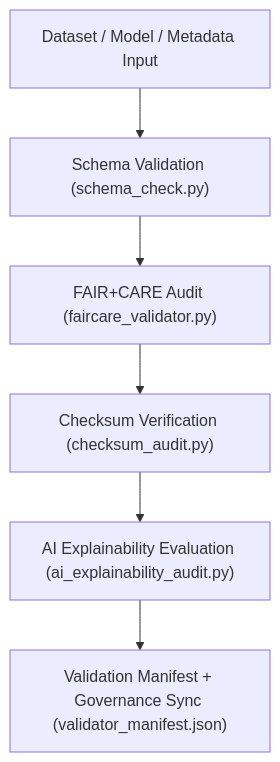
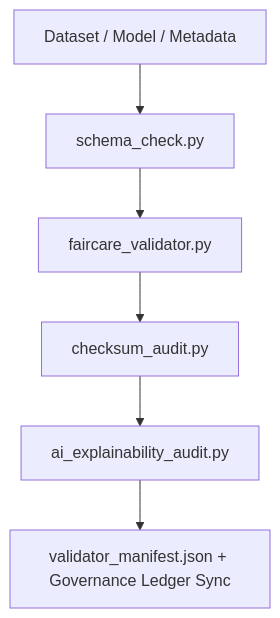
The diagram in tools/validation/README.md (bartytime4life/Kansas-Frontier-Matrix), drawn with Mermaid before and after one commit. The commit also changed other lines of this file, not shown here.

````diff
--- a/tools/validation/README.md
+++ b/tools/validation/README.md
@@ -66,8 +61,8 @@
 ```mermaid
 flowchart TD
-    A["Dataset / Model / Metadata Input"] --> B["Schema Validation (schema_check.py)"]
-    B --> C["FAIR+CARE Audit (faircare_validator.py)"]
-    C --> D["Checksum Verification (checksum_audit.py)"]
-    D --> E["AI Explainability Evaluation (ai_explainability_audit.py)"]
-    E --> F["Validation Manifest + Governance Sync (validator_manifest.json)"]
+A["Dataset / Model / Metadata"] --> B["schema_check.py"]
+B --> C["faircare_validator.py"]
+C --> D["checksum_audit.py"]
+D --> E["ai_explainability_audit.py"]
+E --> F["validator_manifest.json + Governance Ledger Sync"]
 ```
````
